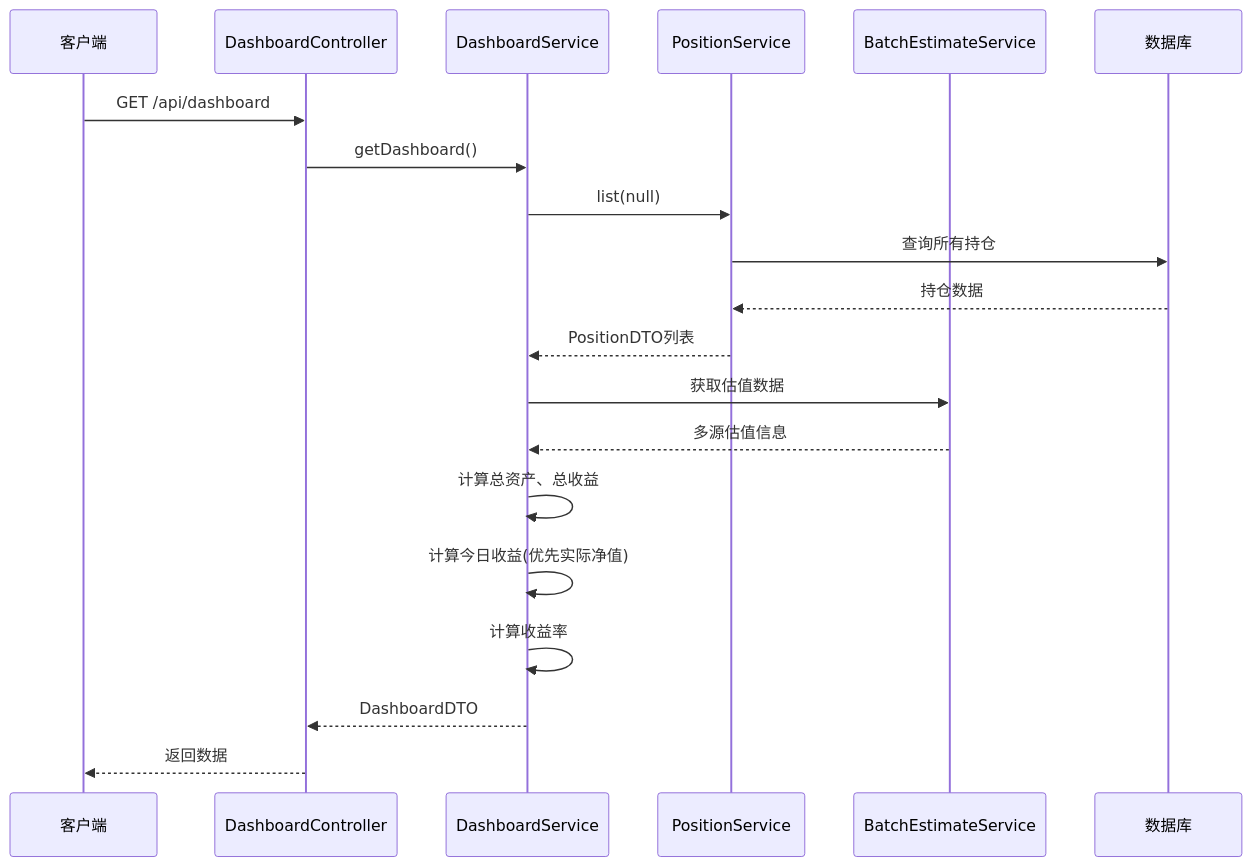
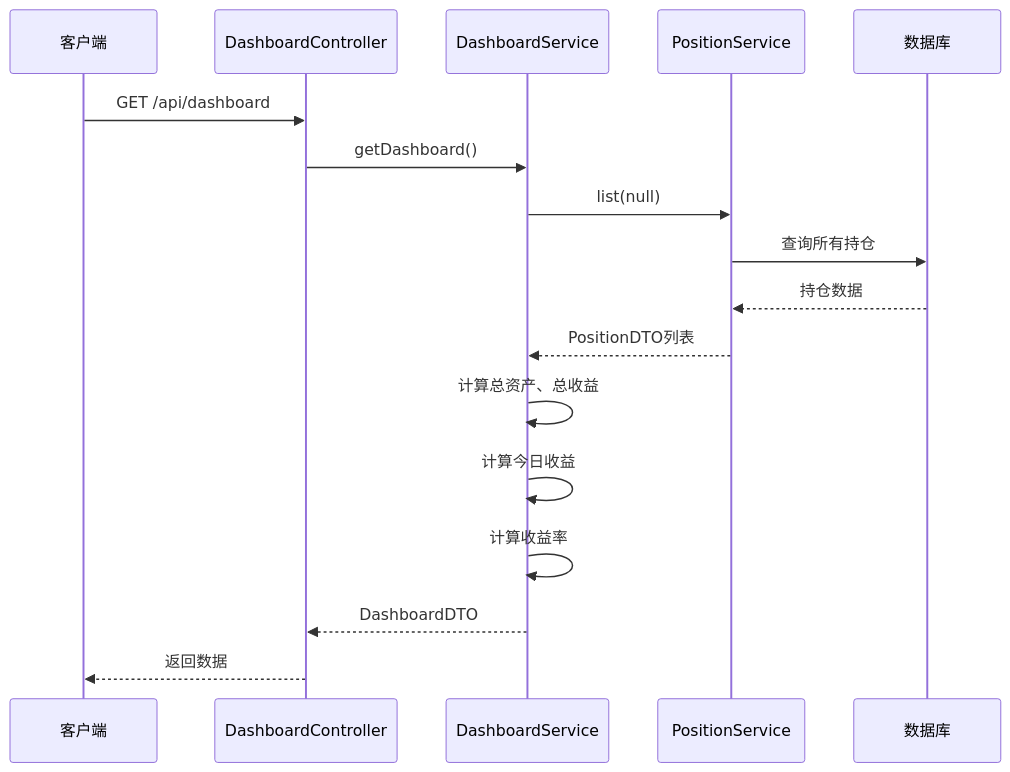
One commit to gree-coder/fund-butler changed the third of 9 diagrams in .qoder/repowiki/zh/content/Dashboard Enhancement.md. Above: the diagram before and after it, drawn with Mermaid. The commit also changed other lines of this file and 21 other files, not shown here.

````diff
--- a/.qoder/repowiki/zh/content/Dashboard Enhancement.md
+++ b/.qoder/repowiki/zh/content/Dashboard Enhancement.md
@@ -220,22 +190,19 @@
 ```mermaid
 sequenceDiagram
 participant Client as 客户端
 participant Controller as DashboardController
 participant Service as DashboardService
 participant PositionSvc as PositionService
-participant EstimateSvc as BatchEstimateService
 participant DB as 数据库
 Client->>Controller : GET /api/dashboard
 Controller->>Service : getDashboard()
 Service->>PositionSvc : list(null)
 PositionSvc->>DB : 查询所有持仓
 DB-->>PositionSvc : 持仓数据
 PositionSvc-->>Service : PositionDTO列表
-Service->>EstimateSvc : 获取估值数据
-EstimateSvc-->>Service : 多源估值信息
 Service->>Service : 计算总资产、总收益
-Service->>Service : 计算今日收益(优先实际净值)
+Service->>Service : 计算今日收益
 Service->>Service : 计算收益率
 Service-->>Controller : DashboardDTO
 Controller-->>Client : 返回数据
 ```
````
